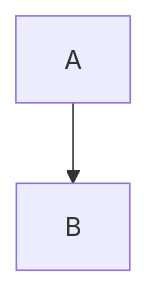
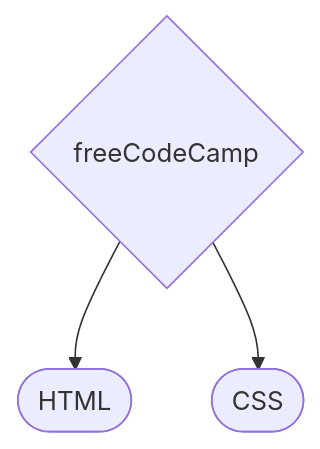
One commit to bazankamil/PersonalRoadmap changed the fifth of 5 diagrams in README.md. Above: the diagram before and after it, drawn with Mermaid. The commit also changed other lines of this file, not shown here.

Commit message:
flowchart

````diff
--- a/README.md
+++ b/README.md
@@ -94,5 +96,6 @@
 ```mermaid
 flowchart
-A-->B
+A{freeCodeCamp}-->B([HTML])
+A-->C([CSS])
 
 ```
````
